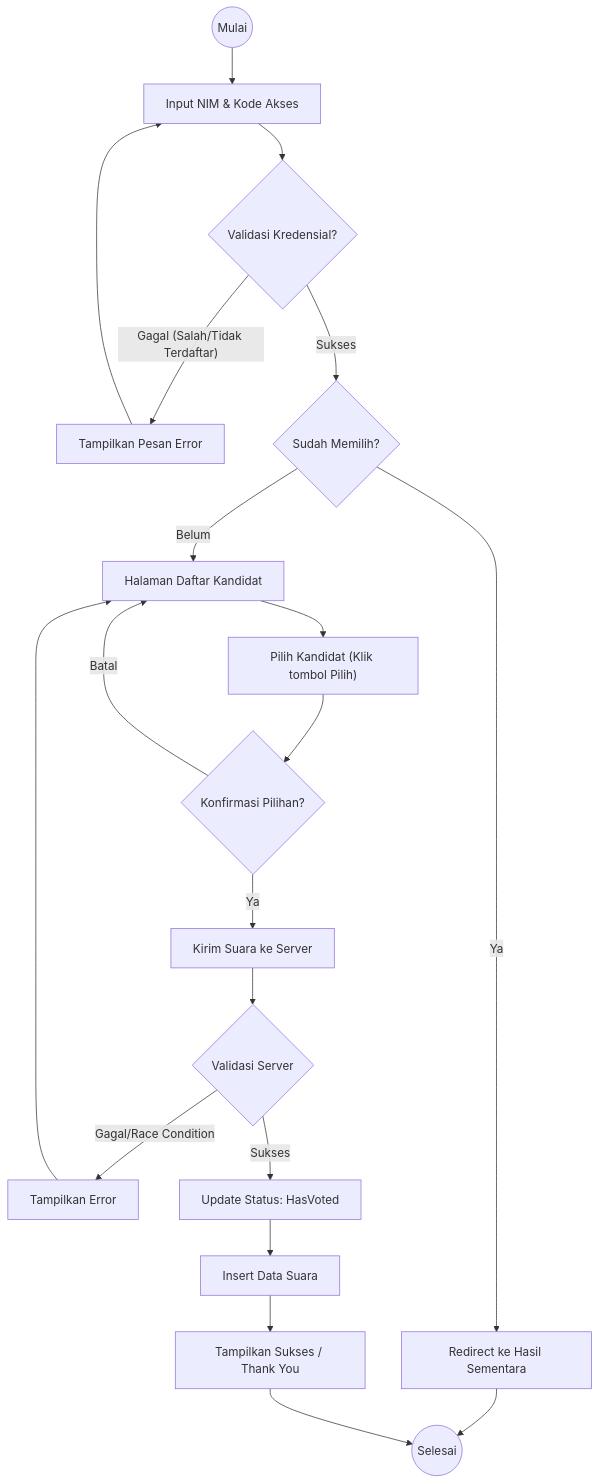
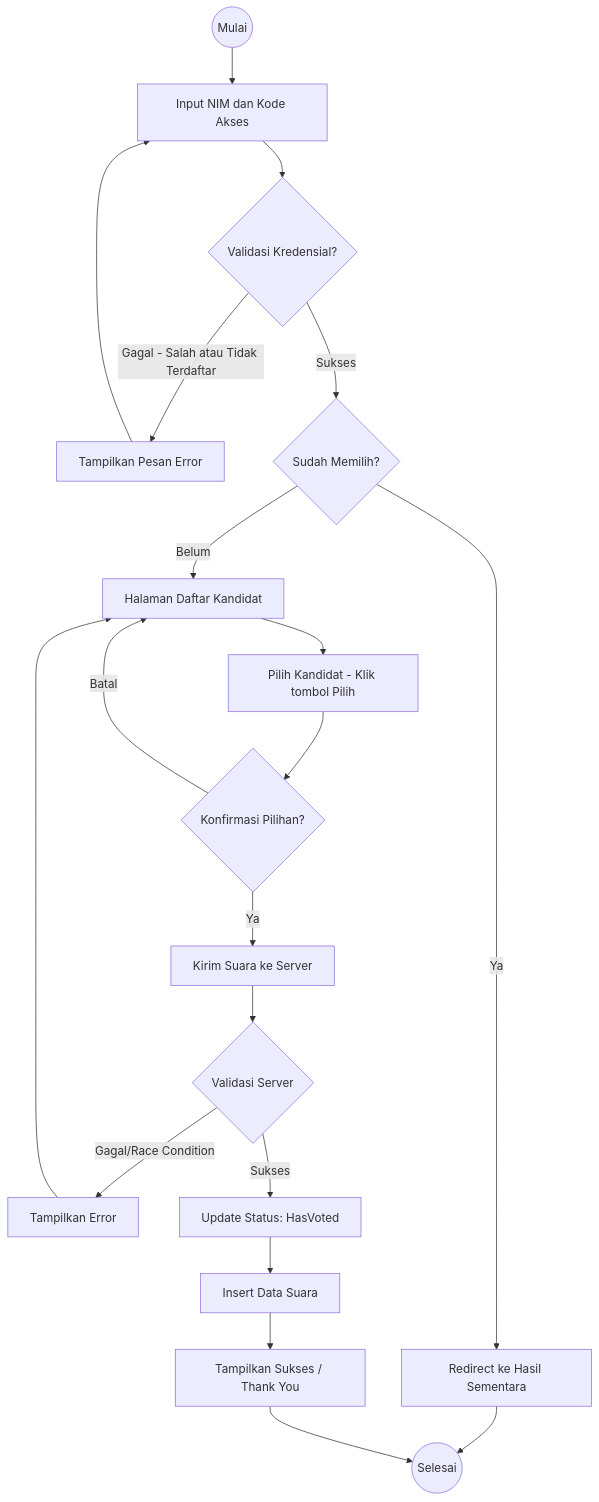
One commit to E1eng/pemira-unbara changed the second of 5 diagrams in UML_DIAGRAMS.md. Above: the diagram before and after it, drawn with Mermaid. The commit also changed other lines of this file, not shown here.

Commit message:
Fix Mermaid Syntax

````diff
--- a/UML_DIAGRAMS.md
+++ b/UML_DIAGRAMS.md
@@ -49,28 +49,28 @@
 ```mermaid
 flowchart TD
-    Start((Mulai)) --> Login["Input NIM & Kode Akses"]
-    Login --> Validasi{"Validasi Kredensial?"}
+    Start((Mulai)) --> Login[Input NIM dan Kode Akses]
+    Login --> Validasi{Validasi Kredensial?}
     
-    Validasi -- "Gagal (Salah/Tidak Terdaftar)" --> ErrorLogin[Tampilkan Pesan Error]
+    Validasi -- "Gagal - Salah atau Tidak Terdaftar" --> ErrorLogin[Tampilkan Pesan Error]
     ErrorLogin --> Login
     
-    Validasi -- Sukses --> CekStatus{"Sudah Memilih?"}
+    Validasi -- Sukses --> CekStatus{Sudah Memilih?}
     CekStatus -- Ya --> RedirectResult[Redirect ke Hasil Sementara]
     RedirectResult --> Finish((Selesai))
     
     CekStatus -- Belum --> Dashboard[Halaman Daftar Kandidat]
-    Dashboard --> Pilih["Pilih Kandidat (Klik tombol Pilih)"]
-    Pilih --> Konfirmasi{"Konfirmasi Pilihan?"}
+    Dashboard --> Pilih[Pilih Kandidat - Klik tombol Pilih]
+    Pilih --> Konfirmasi{Konfirmasi Pilihan?}
     
     Konfirmasi -- Batal --> Dashboard
     Konfirmasi -- Ya --> SubmitVote[Kirim Suara ke Server]
     
     SubmitVote --> CekServer{Validasi Server}
     CekServer -- Gagal/Race Condition --> ErrorVote[Tampilkan Error]
     ErrorVote --> Dashboard
     
     CekServer -- Sukses --> UpdateDB[Update Status: HasVoted]
     UpdateDB --> InsertSuara[Insert Data Suara]
     InsertSuara --> TampilSukses[Tampilkan Sukses / Thank You]
     TampilSukses --> Finish
 ```
````
